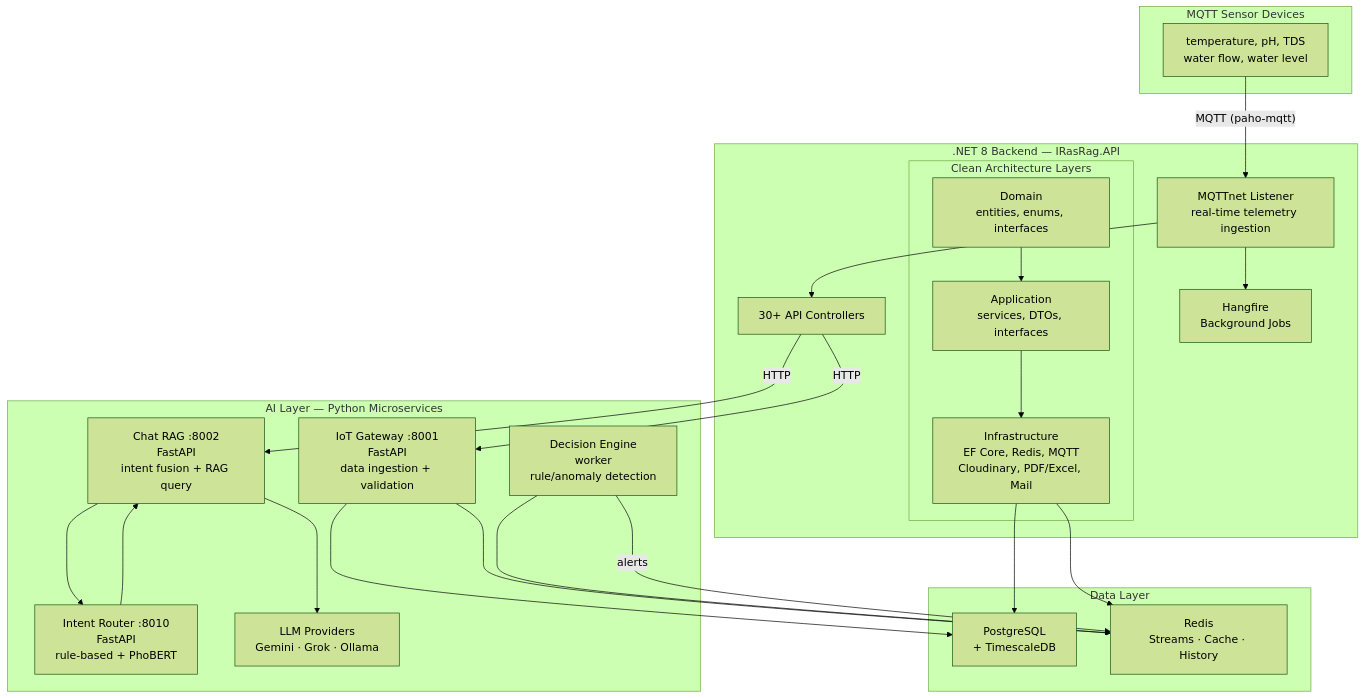
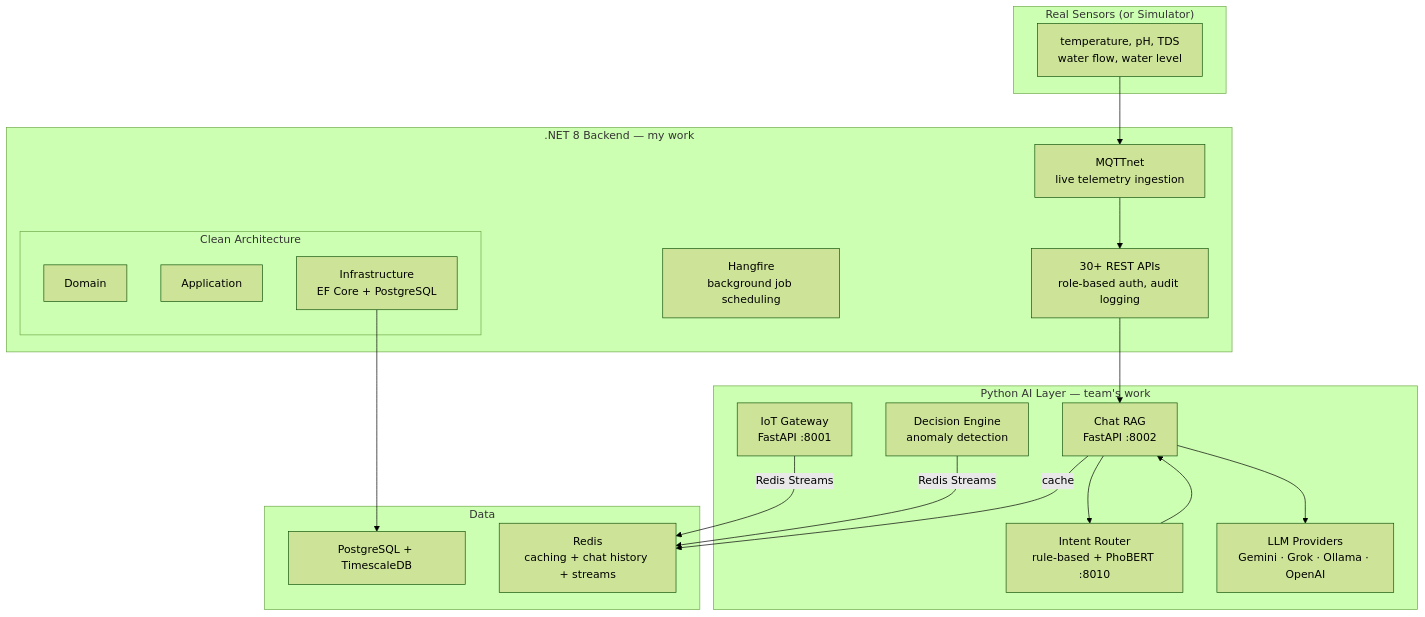
One commit to phnthnhnm/portfolio changed the diagram in src/content/projects/iras-rag.md. Above: the diagram before and after it, drawn with Mermaid (forest theme). The commit also changed other lines of this file, not shown here.

Commit message:
docs: update iRAS-RAG project description to reflect graduation thesis context and refine tech stack

````diff
--- a/src/content/projects/iras-rag.md
+++ b/src/content/projects/iras-rag.md
@@ -33,46 +32,37 @@
 ```mermaid
 flowchart TB
-    subgraph Devices["MQTT Sensor Devices"]
+    subgraph Sensors["Real Sensors (or Simulator)"]
         MQTT["temperature, pH, TDS<br/>water flow, water level"]
     end
 
-    subgraph DotNet[".NET 8 Backend — IRasRag.API"]
-        subgraph Clean["Clean Architecture Layers"]
-            Domain["Domain<br/>entities, enums, interfaces"]
-            App["Application<br/>services, DTOs, interfaces"]
-            Infra["Infrastructure<br/>EF Core, Redis, MQTT<br/>Cloudinary, PDF/Excel, Mail"]
+    subgraph DotNet[".NET 8 Backend — my work"]
+        API["30+ REST APIs<br/>role-based auth, audit logging"]
+        Hangfire["Hangfire<br/>background job scheduling"]
+        MQTTnet["MQTTnet<br/>live telemetry ingestion"]
+        subgraph Clean["Clean Architecture"]
+            Domain["Domain"]
+            App["Application"]
+            Infra["Infrastructure<br/>EF Core + PostgreSQL"]
         end
-        API["30+ API Controllers"]
-        Hangfire["Hangfire<br/>Background Jobs"]
-        MQTTnet["MQTTnet Listener<br/>real-time telemetry ingestion"]
     end
 
-    subgraph AI["AI Layer — Python Microservices"]
-        IoT["IoT Gateway :8001<br/>FastAPI<br/>data ingestion + validation"]
-        Chat["Chat RAG :8002<br/>FastAPI<br/>intent fusion + RAG query"]
-        Router["Intent Router :8010<br/>FastAPI<br/>rule-based + PhoBERT"]
-        Decision["Decision Engine<br/>worker<br/>rule/anomaly detection"]
-        LLM["LLM Providers<br/>Gemini · Grok · Ollama"]
+    subgraph AI["Python AI Layer — team's work"]
+        IoT["IoT Gateway<br/>FastAPI :8001"]
+        Chat["Chat RAG<br/>FastAPI :8002"]
+        Router["Intent Router<br/>rule-based + PhoBERT :8010"]
+        Decision["Decision Engine<br/>anomaly detection"]
+        LLM["LLM Providers<br/>Gemini · Grok · Ollama · OpenAI"]
     end
 
-    subgraph Data["Data Layer"]
-        PG["PostgreSQL<br/>+ TimescaleDB"]
-        Redis["Redis<br/>Streams · Cache · History"]
+    subgraph Data["Data"]
+        PG["PostgreSQL + TimescaleDB"]
+        Redis["Redis<br/>caching + chat history + streams"]
     end
 
-    MQTT -->|"MQTT (paho-mqtt)"| MQTTnet
-    MQTTnet --> API
-    MQTTnet --> Hangfire
-    Domain --> App --> Infra
-    API -->|"HTTP"| IoT
-    API -->|"HTTP"| Chat
-    Chat --> Router
-    Router --> Chat
-    Chat --> LLM
-    IoT --> Redis
-    Decision --> Redis
-    Decision -->|"alerts"| Redis
+    MQTT --> MQTTnet --> API
+    API --> Chat --> Router --> Chat --> LLM
+    IoT -->|"Redis Streams"| Redis
+    Decision -->|"Redis Streams"| Redis
+    Chat -->|"cache"| Redis
     Infra --> PG
-    Infra --> Redis
-    IoT --> PG
 ```
````
